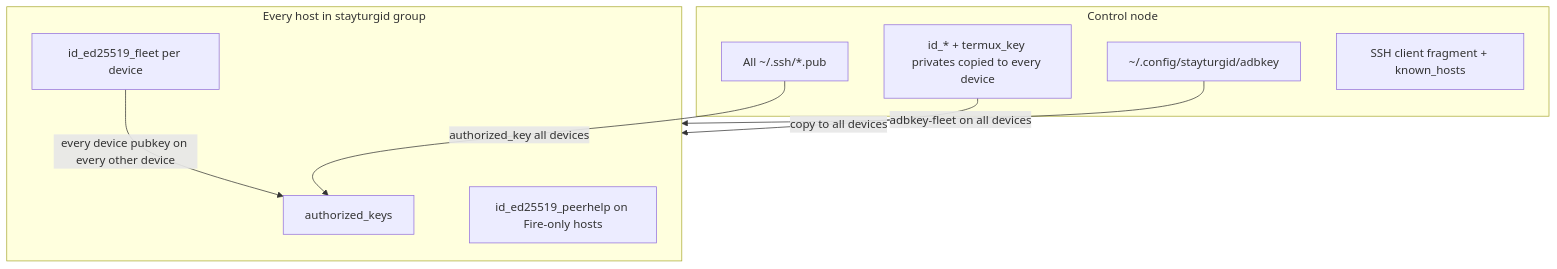
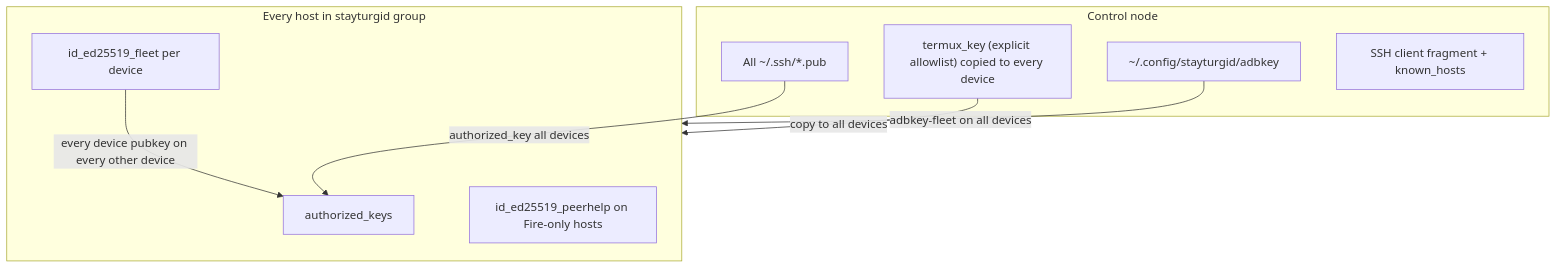
Before and after one commit to djbclark/stayturgid: the diagram in docs/architecture/multi-site-topology.md, drawn with Mermaid. The commit also changed other lines of this file and 3 other files, not shown here.

First line of the commit message:
termux_userland: copy an explicit private-key list in one rsync, remove personal keys from devices

````diff
--- a/docs/architecture/multi-site-topology.md
+++ b/docs/architecture/multi-site-topology.md
@@ -445,18 +445,18 @@
 ```mermaid
 flowchart TB
   subgraph control [Control node]
     CN_PUB["All ~/.ssh/*.pub"]
-    CN_PRIV["id_* + termux_key privates copied to every device"]
+    CN_PRIV["termux_key (explicit allowlist) copied to every device"]
     ADBKEY["~/.config/stayturgid/adbkey"]
     CN_SSH["SSH client fragment + known_hosts"]
   end
   subgraph devices [Every host in stayturgid group]
     AUTH["authorized_keys"]
     FLEET_ID["id_ed25519_fleet per device"]
     PEER_ID["id_ed25519_peerhelp on Fire-only hosts"]
   end
   CN_PUB -->|authorized_key all devices| AUTH
   CN_PRIV -->|copy to all devices| devices
   FLEET_ID -->|every device pubkey on every other device| AUTH
   ADBKEY -->|adbkey-fleet on all devices| devices
 ```
````
